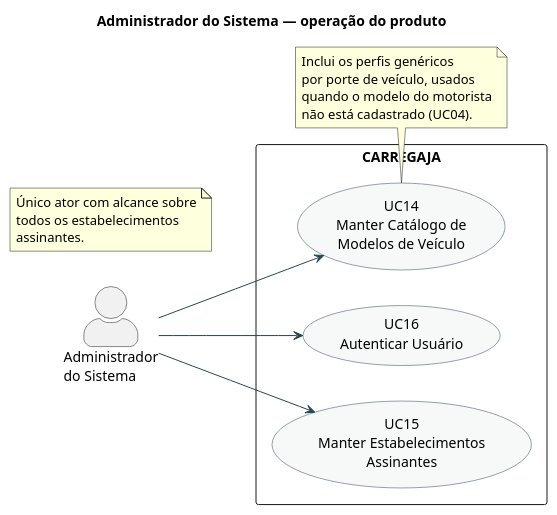
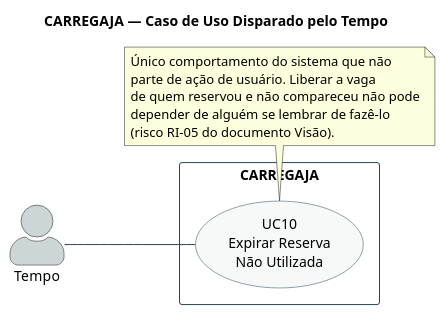
One commit to AndreMoreira00/CarregaJA changed the third of 3 diagrams in 2.Analise e Design/CARREGAJA - Modelo de Caso de Uso - por ator.puml. Above: the diagram before and after it, drawn with PlantUML. The commit also changed other lines of this file and 21 other files, not shown here.

```diff
--- a/2.Analise e Design/CARREGAJA - Modelo de Caso de Uso - por ator.puml
+++ b/2.Analise e Design/CARREGAJA - Modelo de Caso de Uso - por ator.puml
@@ -144,38 +131,34 @@
-@startuml CARREGAJA-CasoDeUso-Administrador
-title Administrador do Sistema — operação do produto
+@startuml CARREGAJA-CasoDeUso-Tempo
+
+title CARREGAJA — Caso de Uso Disparado pelo Tempo
+
 left to right direction
 skinparam packageStyle rectangle
 skinparam shadowing false
 skinparam ArrowColor #264653
 skinparam actorStyle awesome
 skinparam usecase {
   BackgroundColor #F7F9F9
   BorderColor #264653
 }
+skinparam rectangle {
+  BorderColor #264653
+}
 
-actor "Administrador\ndo Sistema" as ADM
+actor "Tempo" as TMP #CDD6D6
 
 rectangle "CARREGAJA" {
-  usecase "UC16\nAutenticar Usuário" as UC16
-  usecase "UC14\nManter Catálogo de\nModelos de Veículo" as UC14
-  usecase "UC15\nManter Estabelecimentos\nAssinantes" as UC15
+  usecase "UC10\nExpirar Reserva\nNão Utilizada" as UC10
 }
 
-ADM --> UC16
-ADM --> UC14
-ADM --> UC15
+TMP -- UC10
 
-note bottom of UC14
-  Inclui os perfis genéricos
-  por porte de veículo, usados
-  quando o modelo do motorista
-  não está cadastrado (UC04).
-end note
-
-note as N3
-  Único ator com alcance sobre
-  todos os estabelecimentos
-  assinantes.
+note bottom of UC10
+  Único comportamento do sistema que não
+  parte de ação de usuário. Liberar a vaga
+  de quem reservou e não compareceu não pode
+  depender de alguém se lembrar de fazê-lo
+  (risco RI-05 do documento Visão).
 end note
 
 @enduml
```
